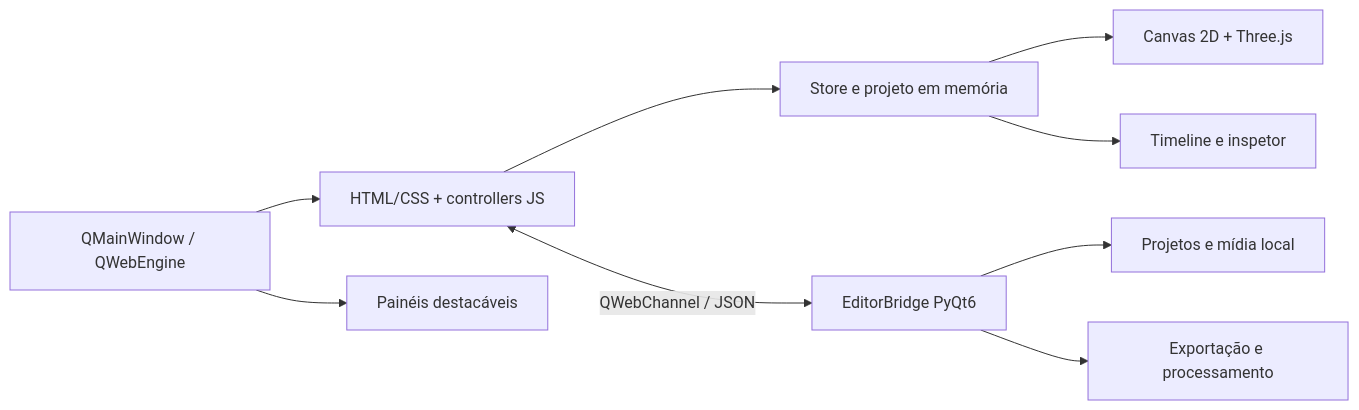
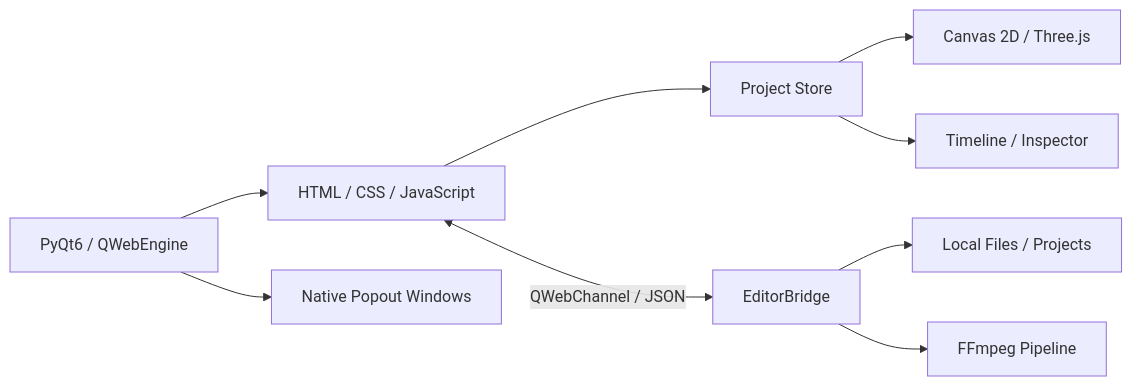
One commit to guell11/Lumi-motion changed the diagram in README.md. Above: the diagram before and after it, drawn with Mermaid. The commit also changed other lines of this file, not shown here.

````diff
--- a/README.md
+++ b/README.md
@@ -197,11 +441,14 @@
 ```mermaid
 flowchart LR
-    UI["HTML/CSS + controllers JS"] --> Store["Store e projeto em memória"]
-    Store --> Canvas["Canvas 2D + Three.js"]
-    Store --> Timeline["Timeline e inspetor"]
-    UI <-->|"QWebChannel / JSON"| Bridge["EditorBridge PyQt6"]
-    Bridge --> Files["Projetos e mídia local"]
-    Bridge --> FFmpeg["Exportação e processamento"]
-    PyQt["QMainWindow / QWebEngine"] --> UI
-    PyQt --> Popups["Painéis destacáveis"]
+    UI["HTML / CSS / JavaScript"] --> Store["Project Store"]
+    Store --> Canvas["Canvas 2D / Three.js"]
+    Store --> Timeline["Timeline / Inspector"]
+
+    UI <-->|QWebChannel / JSON| Bridge["EditorBridge"]
+
+    Bridge --> Files["Local Files / Projects"]
+    Bridge --> FFmpeg["FFmpeg Pipeline"]
+
+    PyQt["PyQt6 / QWebEngine"] --> UI
+    PyQt --> Windows["Native Popout Windows"]
 ```
````
